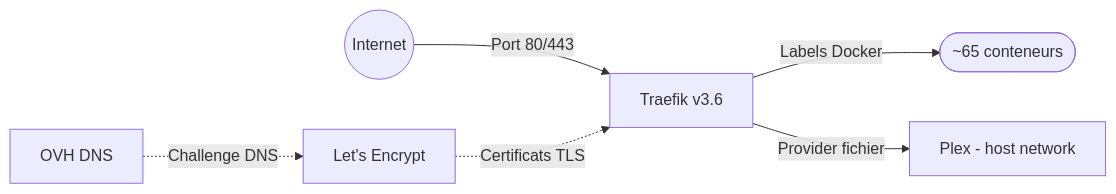
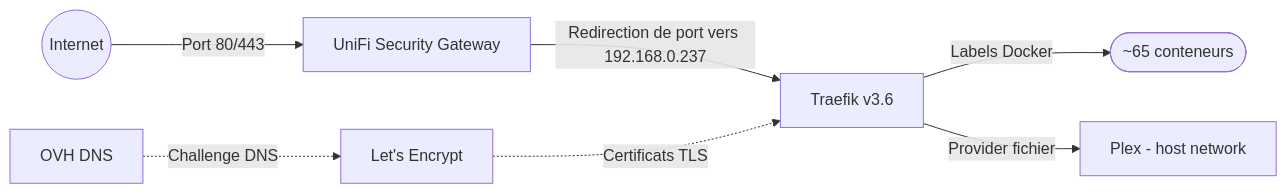
The first of 2 diagrams in docs/traefik.md (Wifsimster/docker-setup), drawn with Mermaid before and after one commit. The commit also changed other lines of this file and 1 other file, not shown here.

First line of the commit message:
docs(traefik): document the USG port forwards, port 80 is missing (#73)

````diff
--- a/docs/traefik.md
+++ b/docs/traefik.md
@@ -15,8 +15,9 @@
 ```mermaid
 graph LR
-    Internet((Internet)) -->|Port 80/443| Traefik[Traefik v3.6]
+    Internet((Internet)) -->|Port 80/443| USG[UniFi Security Gateway]
+    USG -->|Redirection de port vers 192.168.0.237| Traefik[Traefik v3.6]
     Traefik -->|Labels Docker| Conteneurs([~65 conteneurs])
     Traefik -->|Provider fichier| Plex[Plex - host network]
     LetsEncrypt[Let's Encrypt] -.->|Certificats TLS| Traefik
     OVH[OVH DNS] -.->|Challenge DNS| LetsEncrypt
 ```
````
